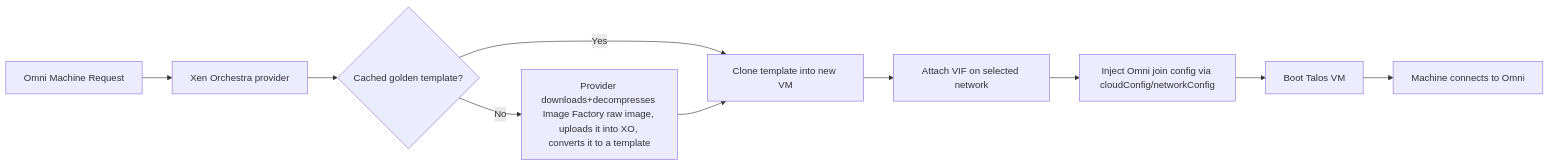
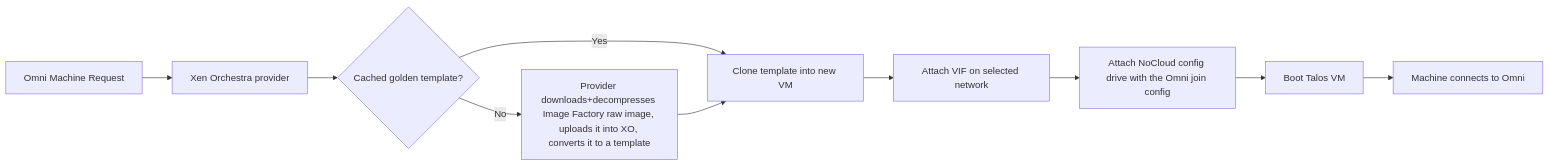
The diagram in README.md (kreove/omni-infra-provider-xoa), drawn with Mermaid before and after one commit. The commit also changed other lines of this file and 4 other files, not shown here.

First line of the commit message:
Document the config drive change across the docs

````diff
--- a/README.md
+++ b/README.md
@@ -22,12 +22,12 @@
 ```mermaid
 flowchart LR
     A[Omni Machine Request] --> B[Xen Orchestra provider]
     B --> C{Cached golden template?}
     C -- No --> D[Provider downloads+decompresses Image Factory raw image, uploads it into XO, converts it to a template]
     C -- Yes --> E[Clone template into new VM]
     D --> E
     E --> F[Attach VIF on selected network]
-    F --> G[Inject Omni join config via cloudConfig/networkConfig]
+    F --> G[Attach NoCloud config drive with the Omni join config]
     G --> H[Boot Talos VM]
     H --> I[Machine connects to Omni]
 ```
````
